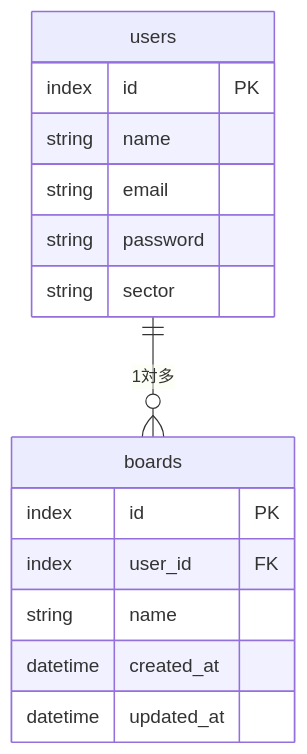
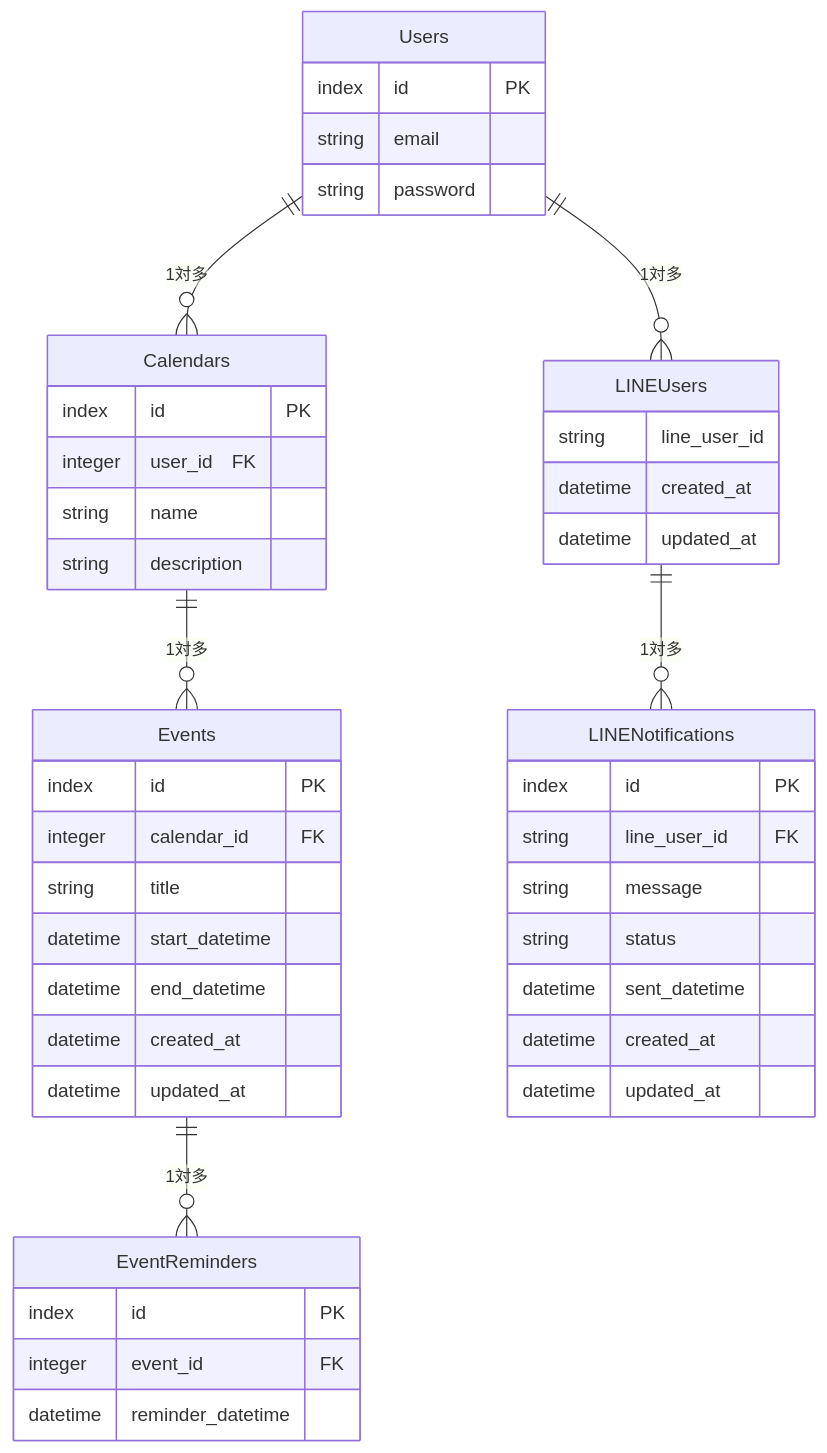
One commit to miyaki2003/README changed the diagram in mermaid.md. Above: the diagram before and after it, drawn with Mermaid. The commit also changed 1 other file, not shown here.

Commit message:
画面遷移図の作成

````diff
--- a/mermaid.md
+++ b/mermaid.md
@@ -1,20 +1,53 @@
 ```mermaid
 erDiagram
-  users ||--o{ boards : "1対多"
+  Users ||--o{ Calendars : "1対多"
+   Users ||--o{ LINEUsers : "1対多"
+  Calendars ||--o{ Events : "1対多"
+  Events ||--o{ EventReminders : "1対多"
+  LINEUsers ||--o{ LINENotifications : "1対多"
 
-    users {
-        index  id PK
-        string name
-        string email
-        string password
-        string sector
+    Users {
+      index id PK
+      string email
+      string password
     }
 
-  boards {
-        index  id PK
-        index user_id FK
-        string name
-        datetime created_at
-        datetime updated_at
+    Calendars {
+      index id PK
+      integer user_id　FK
+      string name
+      string description
+    }
+
+    Events {
+      index id PK
+      integer calendar_id FK
+      string title
+      datetime start_datetime
+      datetime end_datetime
+      datetime created_at
+      datetime updated_at
   }
+
+    EventReminders {
+      index id PK
+      integer event_id FK
+      datetime reminder_datetime
+    }
+
+    LINEUsers{
+      string line_user_id
+      datetime created_at
+      datetime updated_at
+    }
+
+    LINENotifications {
+      index id PK
+      string line_user_id FK
+      string message
+      string status
+      datetime sent_datetime
+      datetime created_at
+      datetime updated_at
+    }
 ```
````
